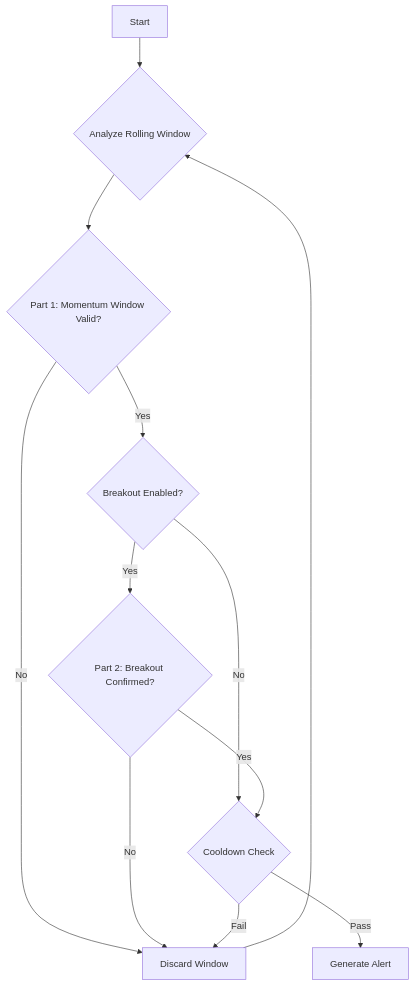
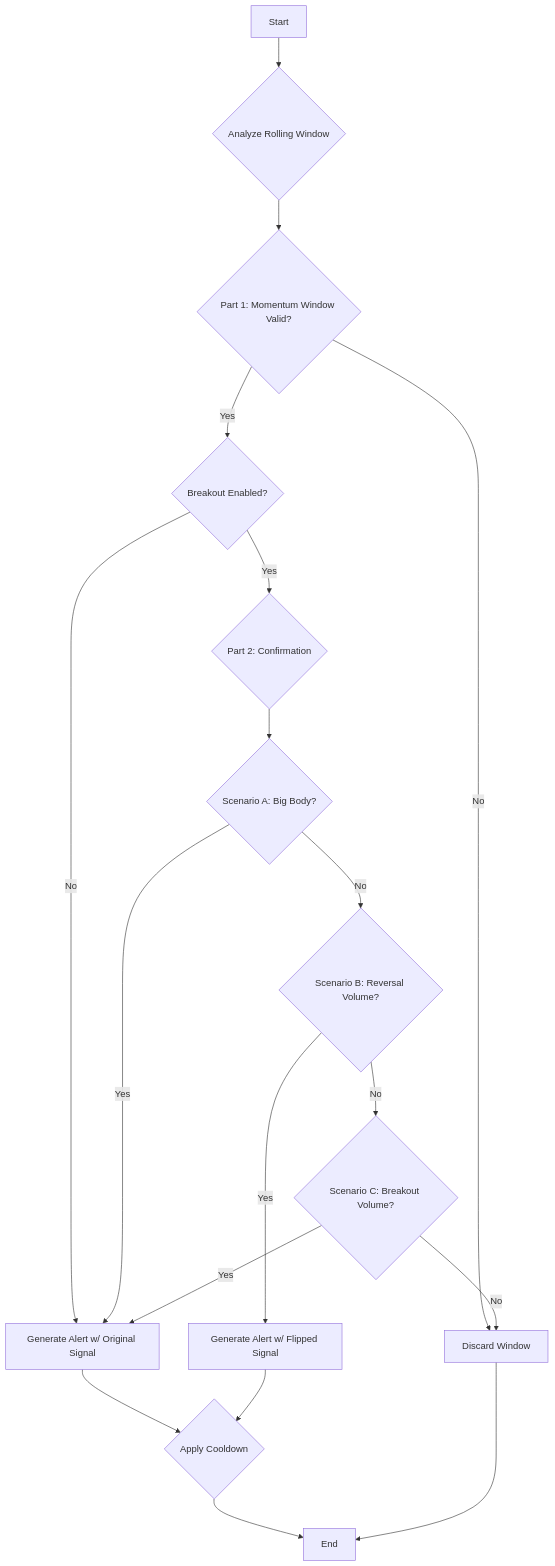
Before and after one commit to haud-tech-org/stock_trading: the diagram in docs/algorithms/CONSISTENT_MOMENTUM.md, drawn with Mermaid. The commit also changed other lines of this file and 3 other files, not shown here.

````diff
--- a/docs/algorithms/CONSISTENT_MOMENTUM.md
+++ b/docs/algorithms/CONSISTENT_MOMENTUM.md
@@ -95,14 +101,20 @@
 ```mermaid
 graph TD
     A[Start] --> B{Analyze Rolling Window};
     B --> C{Part 1: Momentum Window Valid?};
     C -- No --> X[Discard Window];
     C -- Yes --> F{Breakout Enabled?};
-    F -- No --> K{Cooldown Check};
-    F -- Yes --> H{Part 2: Breakout Confirmed?};
-    H -- No --> X;
-    H -- Yes --> K;
-    K -- Fail --> X;
-    K -- Pass --> Z[Generate Alert];
-    X --> B;
+    F -- No --> G[Generate Alert w/ Original Signal];
+    F -- Yes --> H{Part 2: Confirmation};
+    H --> I{Scenario A: Big Body?};
+    I -- Yes --> G;
+    I -- No --> J{Scenario B: Reversal Volume?};
+    J -- Yes --> K[Generate Alert w/ Flipped Signal];
+    J -- No --> L{Scenario C: Breakout Volume?};
+    L -- Yes --> G;
+    L -- No --> X;
+    G --> M{Apply Cooldown};
+    K --> M;
+    M --> Z[End];
+    X --> Z;
 ```
````
